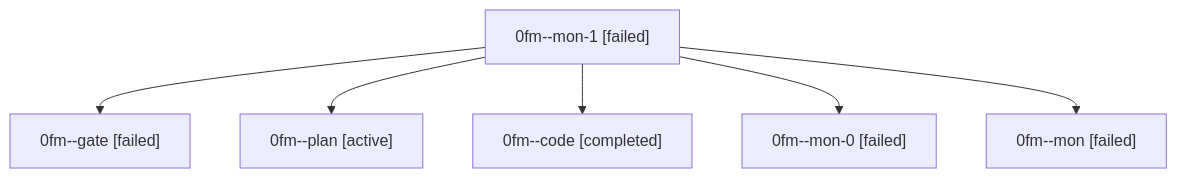
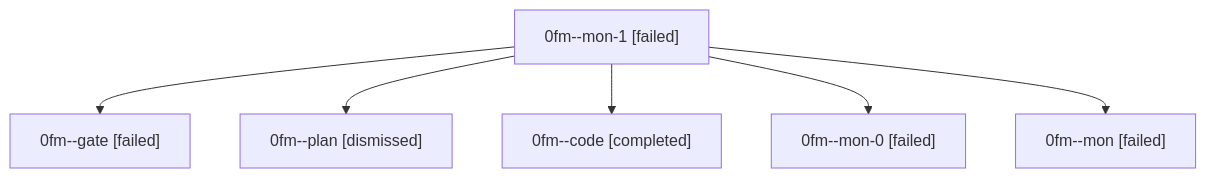
Before and after one commit to sase-org/sase--agents: the diagram in sessions/bbugyi200.athena.0fm.md, drawn with Mermaid. The commit also changed other lines of this file and 39 other files, not shown here.

````diff
--- a/sessions/bbugyi200.athena.0fm.md
+++ b/sessions/bbugyi200.athena.0fm.md
@@ -9,14 +9,14 @@
 ```mermaid
 flowchart TD
   n0["0fm--mon-1 [failed]"]
   n1["0fm--gate [failed]"]
   n0 --> n1
-  n2["0fm--plan [active]"]
+  n2["0fm--plan [dismissed]"]
   n0 --> n2
   n3["0fm--code [completed]"]
   n0 --> n3
   n4["0fm--mon-0 [failed]"]
   n0 --> n4
   n5["0fm--mon [failed]"]
   n0 --> n5
 ```
````
